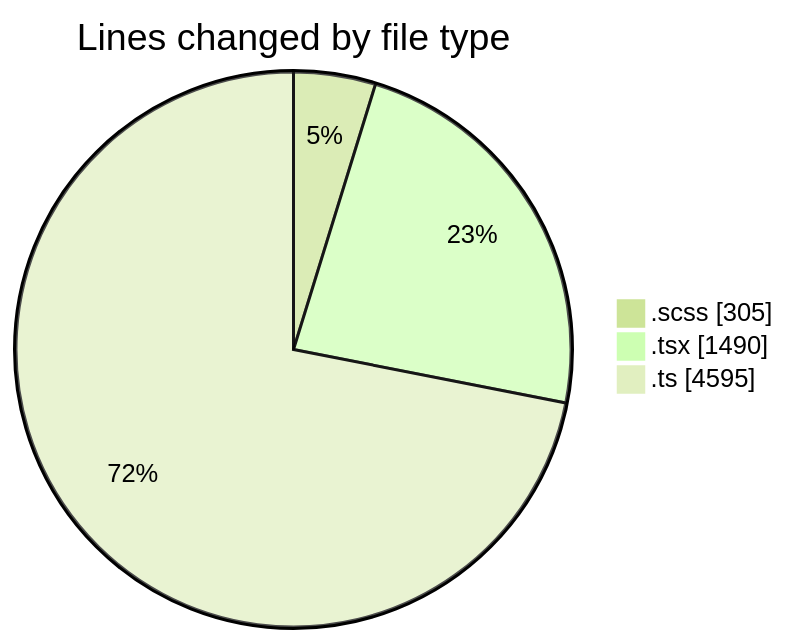
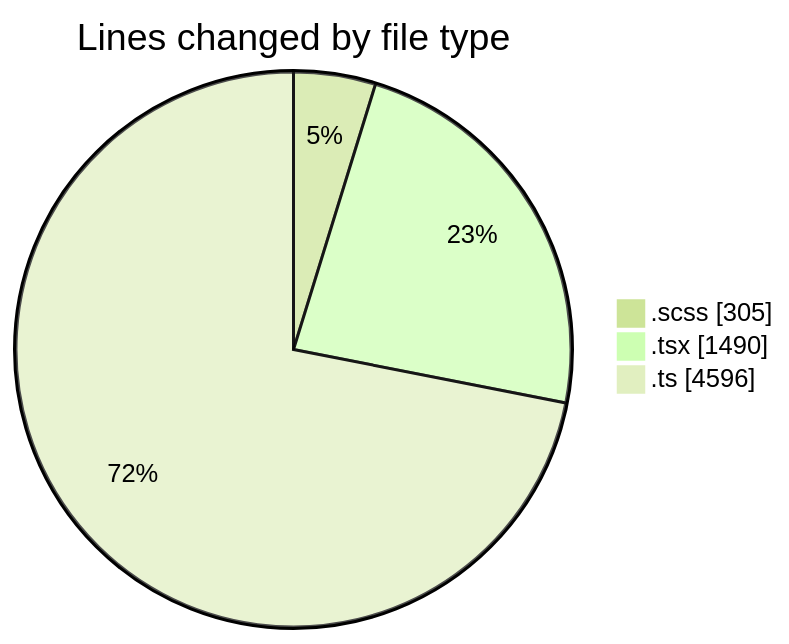
One commit to momahboobian/code-tracking changed the first of 2 diagrams in 2025-03-04/cda/README.md. Above: the diagram before and after it, drawn with Mermaid (forest theme). The commit also changed other lines of this file and 1 other file, not shown here.

````diff
--- a/2025-03-04/cda/README.md
+++ b/2025-03-04/cda/README.md
@@ -34,7 +34,7 @@
 ```mermaid
 pie showData
 title Lines changed by file type
 ".scss" : 305
 ".tsx" : 1490
-".ts" : 4595
+".ts" : 4596
 ```
````
